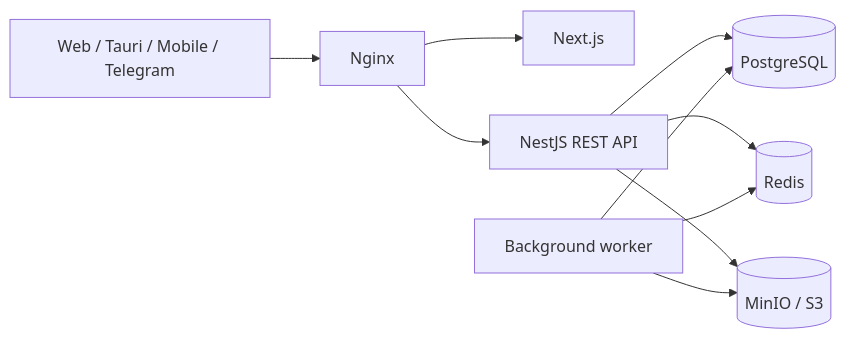
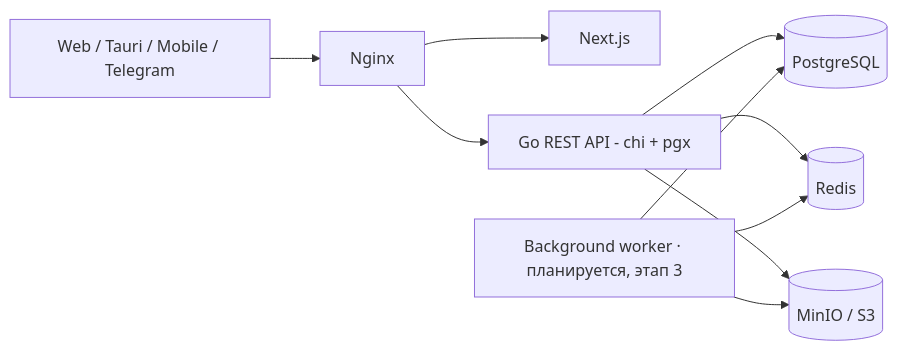
One commit to Dovud1997/MED-CRM-ERP changed the diagram in ARCHITECTURE.md. Above: the diagram before and after it, drawn with Mermaid. The commit also changed other lines of this file and 2879 other files, not shown here.

````diff
--- a/ARCHITECTURE.md
+++ b/ARCHITECTURE.md
@@ -9,12 +9,12 @@
 ```mermaid
 flowchart LR
   Clients[Web / Tauri / Mobile / Telegram] --> Proxy[Nginx]
   Proxy --> Web[Next.js]
-  Proxy --> API[NestJS REST API]
+  Proxy --> API[Go REST API - chi + pgx]
   API --> DB[(PostgreSQL)]
   API --> Redis[(Redis)]
   API --> S3[(MinIO / S3)]
-  Worker[Background worker] --> DB
+  Worker[Background worker · планируется, этап 3] --> DB
   Worker --> Redis
   Worker --> S3
 ```
````
